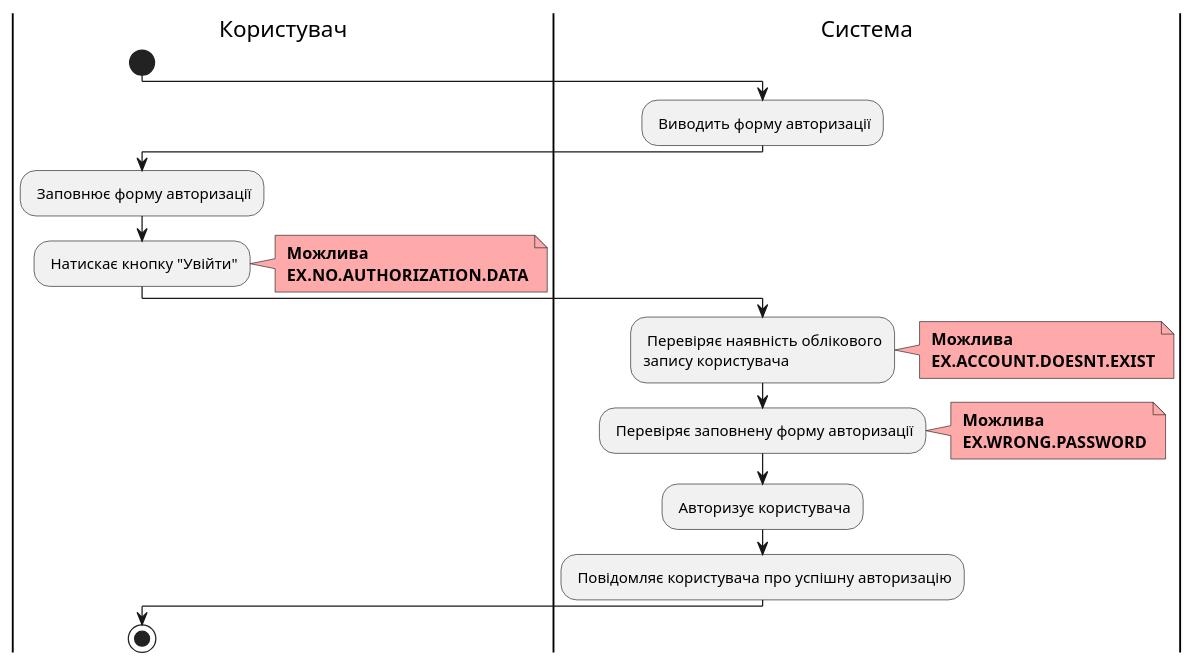
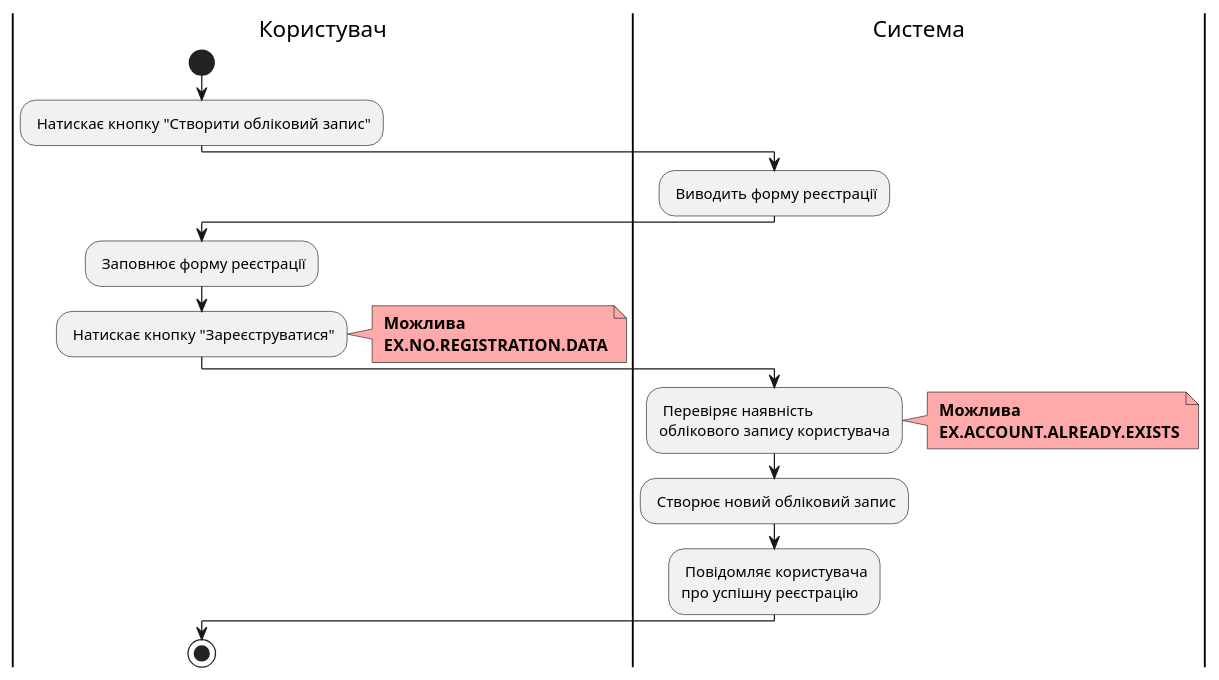
Before and after one commit to edu-db/edu_db_labs: the sixth of 22 diagrams in docs/use cases/README.md, drawn with PlantUML. The commit also changed other lines of this file, not shown here.

Commit message:
added userban and userunban diagrams

```diff
--- a/docs/use cases/README.md
+++ b/docs/use cases/README.md
@@ -550,37 +257,33 @@
 @startuml
 
     |Користувач|
         start
+        : Натискає кнопку "Створити обліковий запис";
 
     |Система|
-        : Виводить форму авторизації;
+        : Виводить форму реєстрації;
 
     |Користувач|
-        : Заповнює форму авторизації;
-        : Натискає кнопку "Увійти";
+        : Заповнює форму реєстрації;
+        : Натискає кнопку "Зареєструватися";
         note right #ffaaaa
         <b> Можлива
-        <b> EX.NO.AUTHORIZATION.DATA
+        <b> EX.NO.REGISTRATION.DATA
         end note
-        
+
     |Система|
-        : Перевіряє наявність облікового 
-        запису користувача;
+        : Перевіряє наявність
+        облікового запису користувача;
         note right #ffaaaa
         <b> Можлива
-        <b> EX.ACCOUNT.DOESNT.EXIST
+        <b> EX.ACCOUNT.ALREADY.EXISTS
         end note
-        
-        : Перевіряє заповнену форму авторизації;
-        note right #ffaaaa
-        <b> Можлива
-        <b> EX.WRONG.PASSWORD
-        end note
-        
-        : Авторизує користувача;
-        : Повідомляє користувача про успішну авторизацію;
+
+        : Створює новий обліковий запис;
+        : Повідомляє користувача
+        про успішну реєстрацію;
 
     |Користувач|
         stop;
 
 @enduml
```
